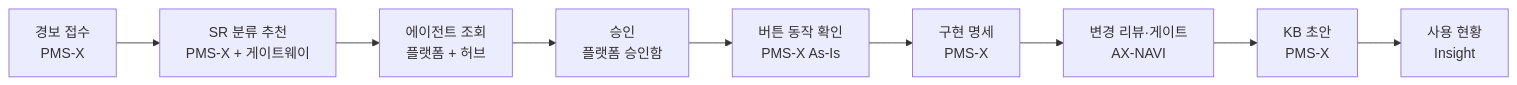
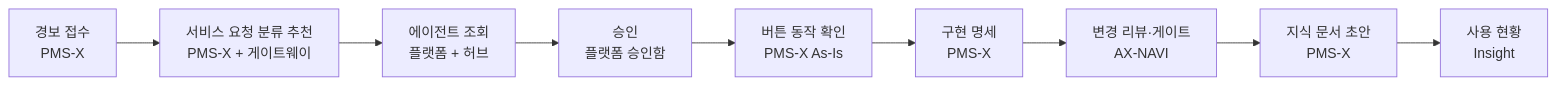
One commit to Malburi/hnix-ax-site changed the diagram in getting-started/scenario.md. Above: the diagram before and after it, drawn with Mermaid. The commit also changed other lines of this file and 42 other files, not shown here.

````diff
--- a/getting-started/scenario.md
+++ b/getting-started/scenario.md
@@ -5,11 +5,11 @@
 ```mermaid
 flowchart LR
-    A["경보 접수<br/>PMS-X"] --> B["SR 분류 추천<br/>PMS-X + 게이트웨이"]
+    A["경보 접수<br/>PMS-X"] --> B["서비스 요청 분류 추천<br/>PMS-X + 게이트웨이"]
     B --> C["에이전트 조회<br/>플랫폼 + 허브"]
     C --> D["승인<br/>플랫폼 승인함"]
     D --> E["버튼 동작 확인<br/>PMS-X As-Is"]
     E --> F["구현 명세<br/>PMS-X"]
     F --> G["변경 리뷰·게이트<br/>AX-NAVI"]
-    G --> H["KB 초안<br/>PMS-X"]
+    G --> H["지식 문서 초안<br/>PMS-X"]
     H --> I["사용 현황<br/>Insight"]
 ```
````
